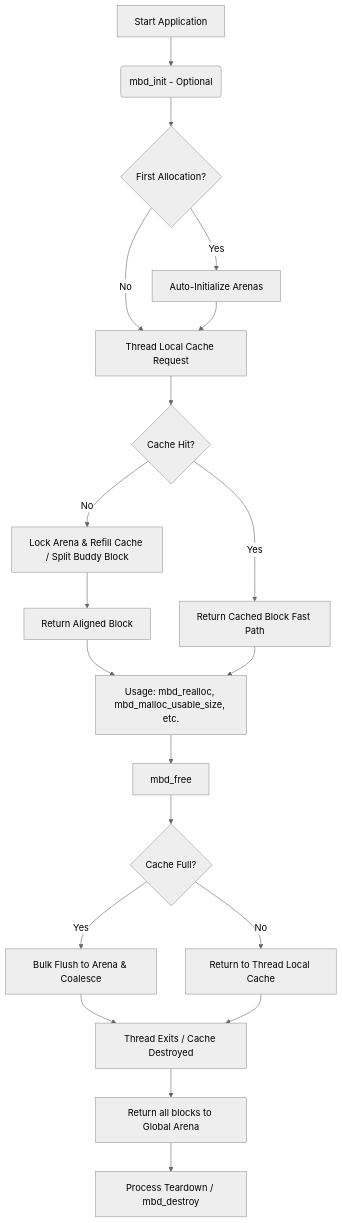
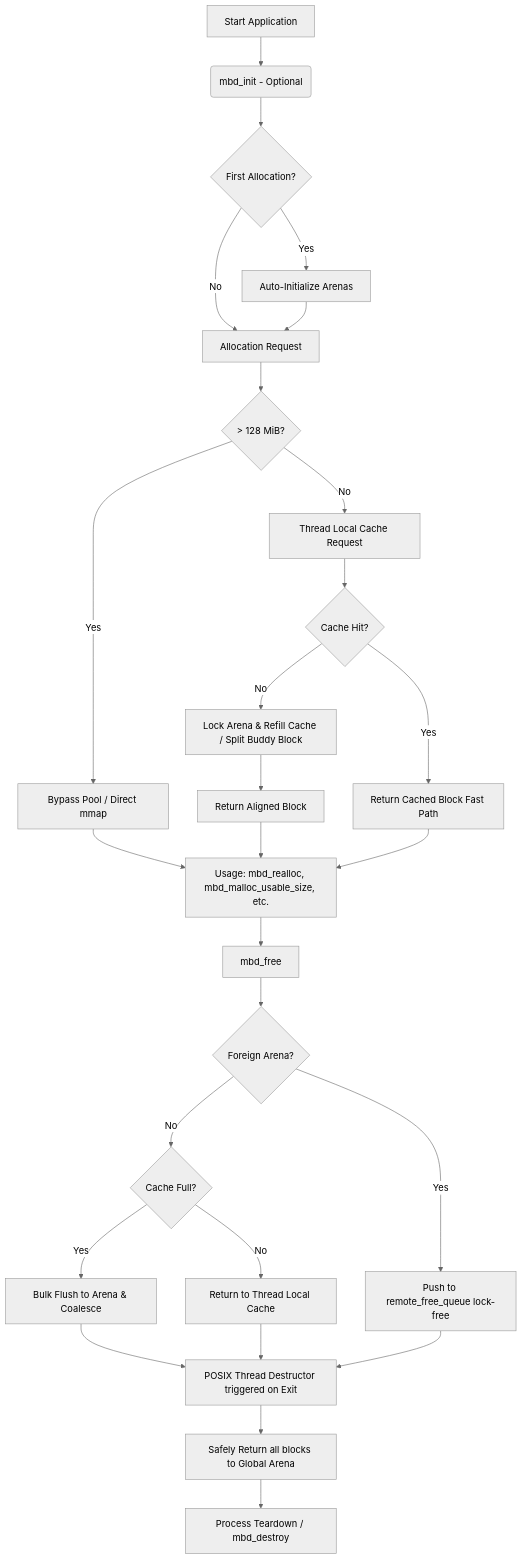
One commit to jmorel33/MyBuddy changed the diagram in README.md. Above: the diagram before and after it, drawn with Mermaid (neutral theme).

Commit message:
docs: update README diagram and feature lists to match v1.4 code
Integrates the historical changelog information into the main feature text,
corrects factual inaccuracies regarding alignment (32-byte) and test files
present in the repository, and updates the Mermaid diagram to fully reflect
the v1.4 architecture (including huge mmap bypass and foreign arena remote queues).

````diff
--- a/README.md
+++ b/README.md
@@ -34,22 +34,29 @@
 ```mermaid
 flowchart TD
     A[Start Application] --> B(mbd_init - Optional)
     B --> C{First Allocation?}
     C -- Yes --> D[Auto-Initialize Arenas]
-    C -- No --> E
-    D --> E[Thread Local Cache Request]
-    E --> F{Cache Hit?}
+    C -- No --> E[Allocation Request]
+    D --> E
+    E --> V{> 128 MiB?}
+    V -- Yes --> W[Bypass Pool / Direct mmap]
+    V -- No --> X[Thread Local Cache Request]
+    X --> F{Cache Hit?}
     F -- Yes --> G[Return Cached Block Fast Path]
     F -- No --> H[Lock Arena & Refill Cache / Split Buddy Block]
     H --> I[Return Aligned Block]
+    W --> J
     I --> J[Usage: mbd_realloc, mbd_malloc_usable_size, etc.]
     G --> J
     J --> K[mbd_free]
-    K --> L{Cache Full?}
+    K --> Y{Foreign Arena?}
+    Y -- Yes --> Z[Push to remote_free_queue lock-free]
+    Y -- No --> L{Cache Full?}
     L -- Yes --> M[Bulk Flush to Arena & Coalesce]
     L -- No --> N[Return to Thread Local Cache]
     M --> O
-    N --> O[Thread Exits / Cache Destroyed]
-    O --> P[Return all blocks to Global Arena]
+    N --> O[POSIX Thread Destructor triggered on Exit]
+    Z --> O
+    O --> P[Safely Return all blocks to Global Arena]
     P --> Q[Process Teardown / mbd_destroy]
 ```
````
